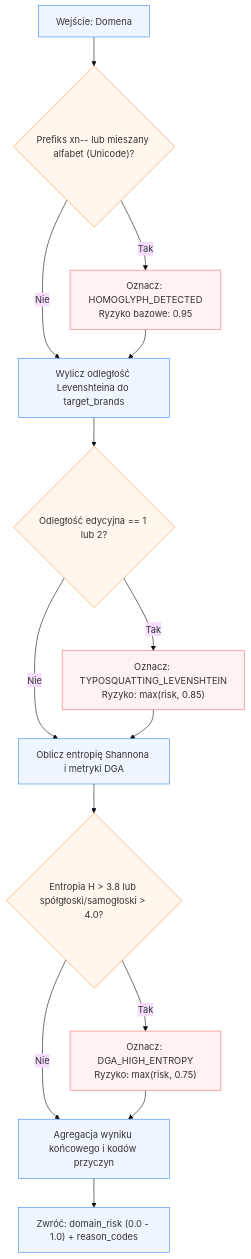
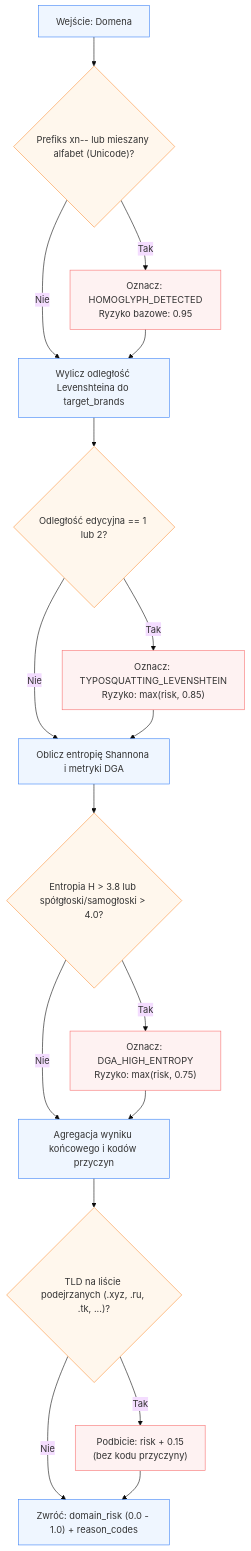
Before and after one commit to w-hyla/Teleprzyjaciele_IBM_Z_Datathon_2026_Project: the diagram in architecture/modules/domain_analyzer.md, drawn with Mermaid (base theme). The commit also changed other lines of this file and 4 other files, not shown here.

First line of the commit message:
Fix/domain lookalikes suspicious tld (#7)

````diff
--- a/architecture/modules/domain_analyzer.md
+++ b/architecture/modules/domain_analyzer.md
@@ -31,28 +31,30 @@
 ```mermaid
 flowchart TD
     A["Wejście: Domena"] --> B{"Prefiks xn-- lub mieszany alfabet (Unicode)?"}
     B -- Tak --> C["Oznacz: HOMOGLYPH_DETECTED<br/>Ryzyko bazowe: 0.95"]
     B -- Nie --> D["Wylicz odległość Levenshteina do target_brands"]
     
     C --> D
     
     D --> E{"Odległość edycyjna == 1 lub 2?"}
     E -- Tak --> F["Oznacz: TYPOSQUATTING_LEVENSHTEIN<br/>Ryzyko: max(risk, 0.85)"]
     E -- Nie --> G["Oblicz entropię Shannona i metryki DGA"]
     
     F --> G
     
     G --> H{"Entropia H > 3.8 lub spółgłoski/samogłoski > 4.0?"}
     H -- Tak --> I["Oznacz: DGA_HIGH_ENTROPY<br/>Ryzyko: max(risk, 0.75)"]
     H -- Nie --> J["Agregacja wyniku końcowego i kodów przyczyn"]
-    
     I --> J
-    J --> K["Zwróć: domain_risk (0.0 - 1.0) + reason_codes"]
+    J --> T{"TLD na liście podejrzanych (.xyz, .ru, .tk, ...)?"}
+    T -- Tak --> U["Podbicie: risk + 0.15<br/>(bez kodu przyczyny)"]
+    T -- Nie --> K["Zwróć: domain_risk (0.0 - 1.0) + reason_codes"]
+    U --> K
 
     classDef alert fill:#fef2f2,stroke:#f87171
     classDef step fill:#eff6ff,stroke:#3b82f6
     classDef check fill:#fff7ed,stroke:#fb923c
-    class C,F,I alert
+    class C,F,I,U alert
     class A,D,G,J,K step
-    class B,E,H check
+    class B,E,H,T check
 ```
````
